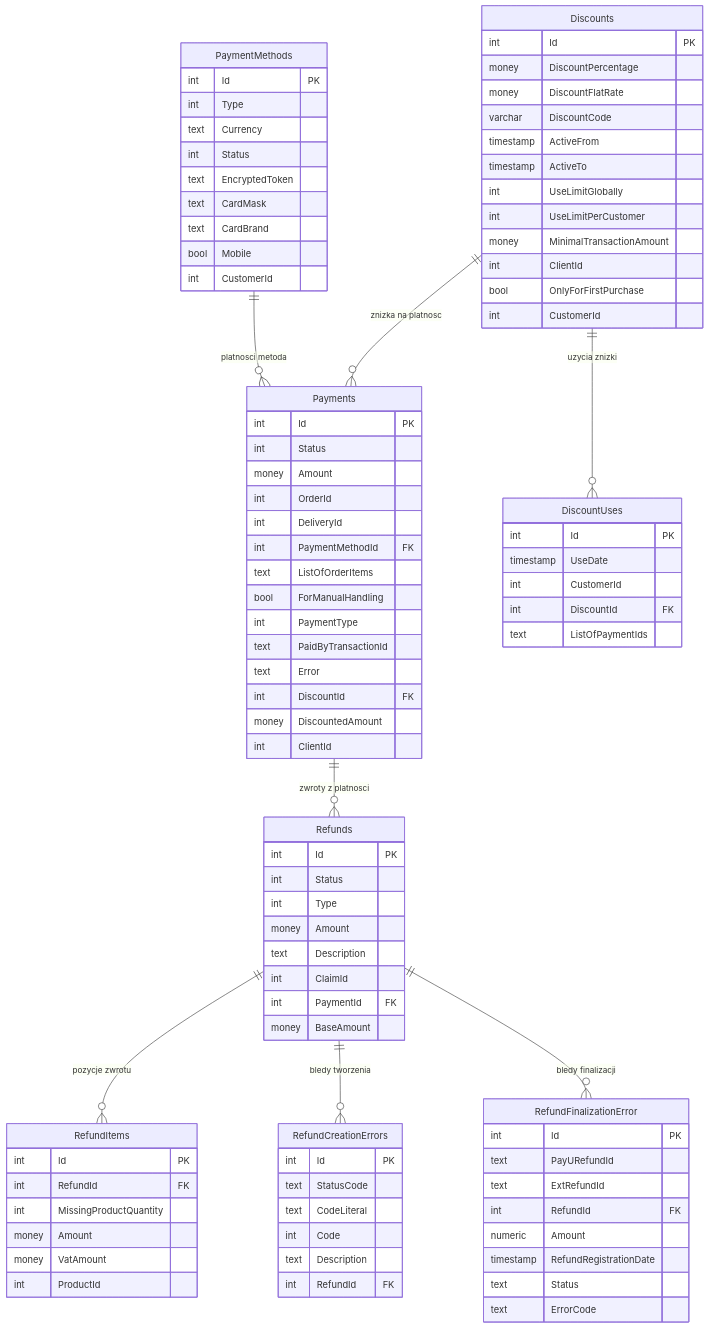
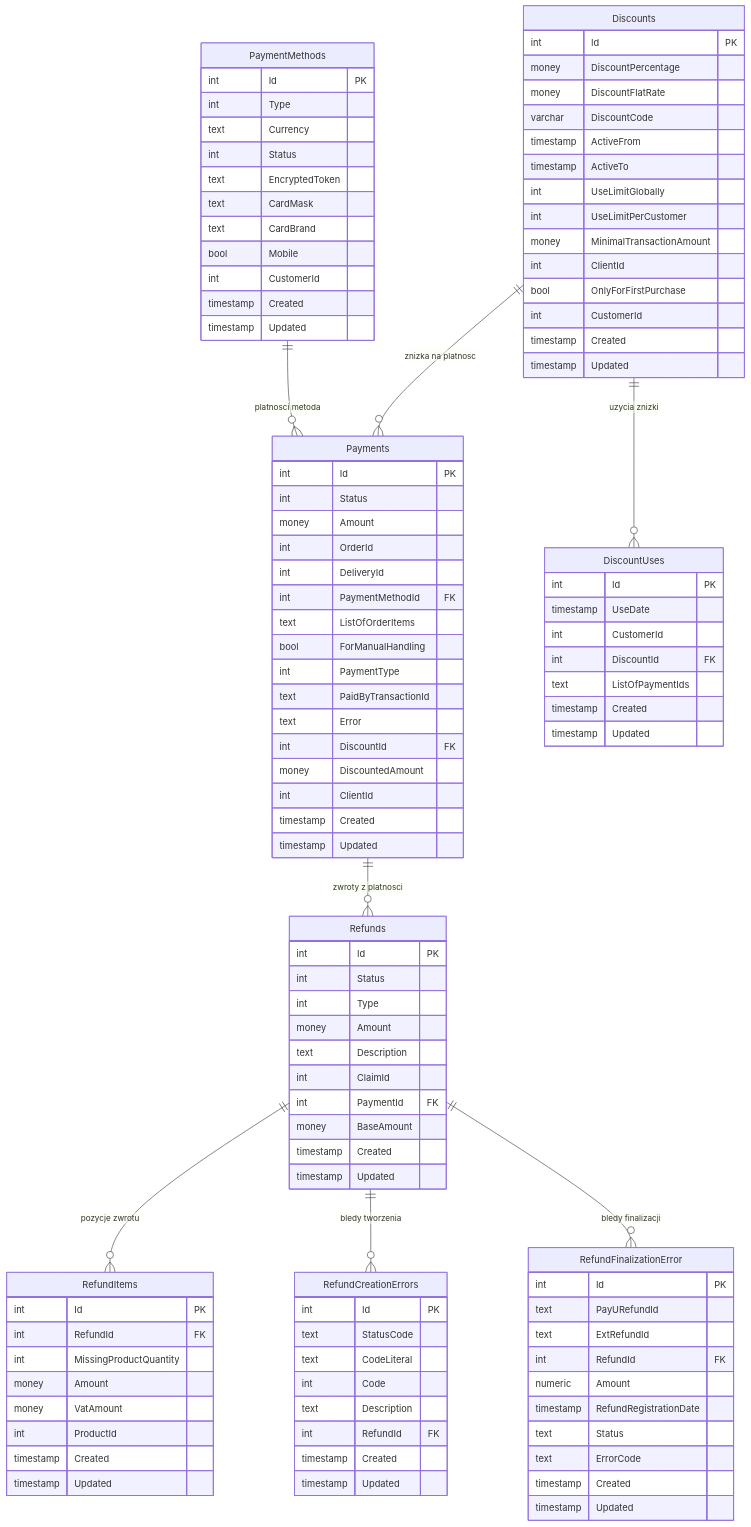
The eighth of 8 diagrams in docs/source_db_diagrams.md (JakubRybak/Data_Warehouse_Bake2Home), drawn with Mermaid before and after one commit. The commit also changed other lines of this file and 10 other files, not shown here.

```diff
--- a/docs/source_db_diagrams.md
+++ b/docs/source_db_diagrams.md
@@ -595,6 +689,8 @@
         text CardBrand
         bool Mobile
         int CustomerId
+        timestamp Created
+        timestamp Updated
     }
 
     Discounts {
@@ -610,6 +706,8 @@
         int ClientId
         bool OnlyForFirstPurchase
         int CustomerId
+        timestamp Created
+        timestamp Updated
     }
 
     Payments {
@@ -627,6 +725,8 @@
         int DiscountId FK
         money DiscountedAmount
         int ClientId
+        timestamp Created
+        timestamp Updated
     }
 
     DiscountUses {
@@ -635,6 +735,8 @@
         int CustomerId
         int DiscountId FK
         text ListOfPaymentIds
+        timestamp Created
+        timestamp Updated
     }
 
     Refunds {
@@ -646,6 +748,8 @@
         int ClaimId
         int PaymentId FK
         money BaseAmount
+        timestamp Created
+        timestamp Updated
     }
 
     RefundItems {
@@ -655,6 +759,8 @@
         money Amount
         money VatAmount
         int ProductId
+        timestamp Created
+        timestamp Updated
     }
 
     RefundCreationErrors {
@@ -664,6 +770,8 @@
         int Code
         text Description
         int RefundId FK
+        timestamp Created
+        timestamp Updated
     }
 
     RefundFinalizationError {
@@ -675,6 +783,8 @@
         timestamp RefundRegistrationDate
         text Status
         text ErrorCode
+        timestamp Created
+        timestamp Updated
     }
 
     PaymentMethods ||--o{ Payments : "platnosci metoda"
```
